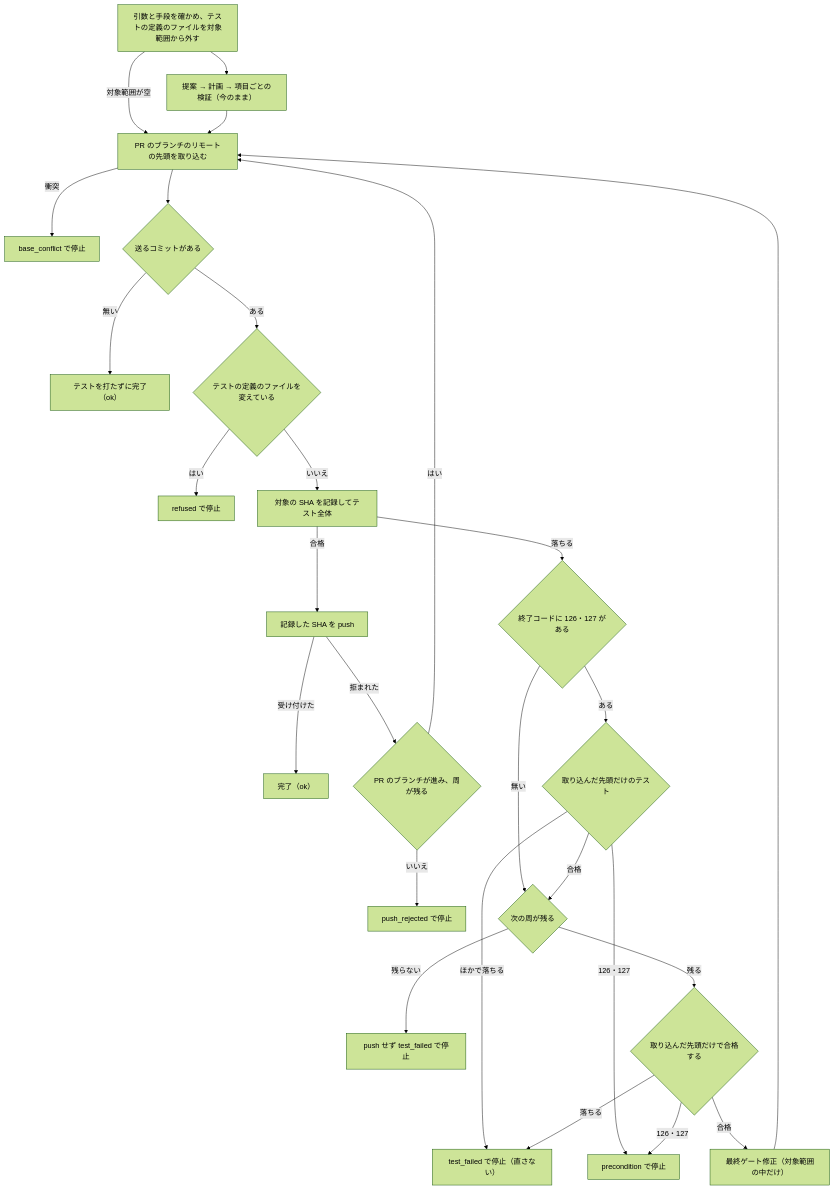
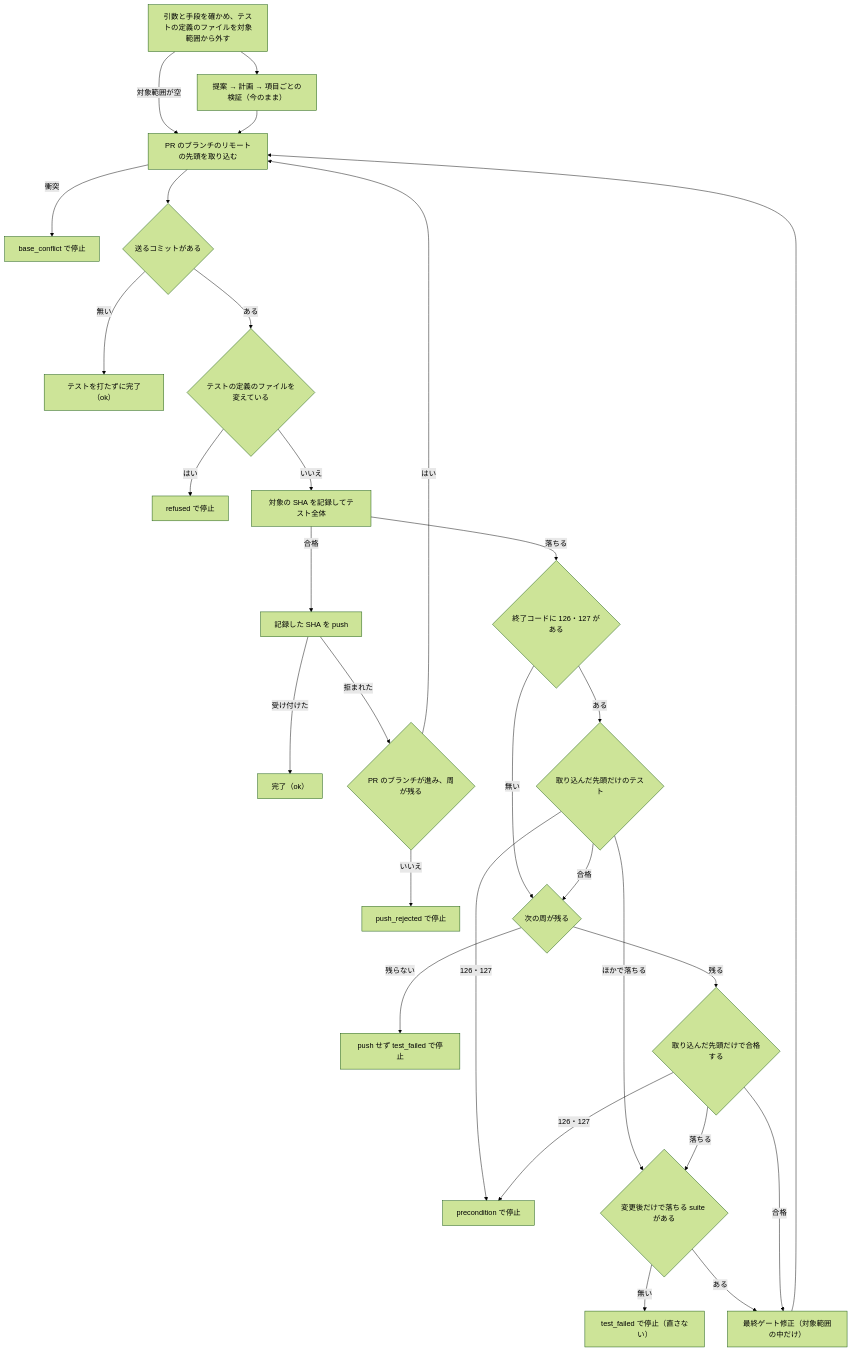
The fourth of 4 diagrams in issues/issue-4566-design.md (devbasex/ai-plugins), drawn with Mermaid (forest theme) before and after one commit. The commit also changed other lines of this file and 1 other file, not shown here.

Commit message:
Docs: 基準側と変更後の失敗を suite の単位で比べ、見分けられない場合は原因を断定しない（#4569）

````diff
--- a/issues/issue-4566-design.md
+++ b/issues/issue-4566-design.md
@@ -302,29 +302,31 @@
 ```mermaid
 graph TB
     A["引数と手段を確かめ、テストの定義のファイルを対象範囲から外す"] --> P["提案 → 計画 → 項目ごとの検証（今のまま）"]
     A -->|対象範囲が空| S
     P --> S["PR のブランチのリモートの先頭を取り込む"]
     S -->|衝突| Z["base_conflict で停止"]
     S --> N{"送るコミットがある"}
     N -->|無い| O0["テストを打たずに完了（ok）"]
     N -->|ある| D{"テストの定義のファイルを変えている"}
     D -->|はい| Z2["refused で停止"]
     D -->|いいえ| W["対象の SHA を記録してテスト全体"]
     W -->|合格| U["記録した SHA を push"]
     U -->|受け付けた| O["完了（ok）"]
     U -->|拒まれた| R{"PR のブランチが進み、周が残る"}
     R -->|はい| S
     R -->|いいえ| Q["push_rejected で停止"]
     W -->|落ちる| X{"終了コードに 126・127 がある"}
     X -->|無い| L{"次の周が残る"}
     X -->|ある| B{"取り込んだ先頭だけのテスト"}
     B -->|126・127| Z3["precondition で停止"]
-    B -->|ほかで落ちる| Y0
+    B -->|ほかで落ちる| H
     B -->|合格| L
     L -->|残らない| Y["push せず test_failed で停止"]
     L -->|残る| C{"取り込んだ先頭だけで合格する"}
-    C -->|落ちる| Y0["test_failed で停止（直さない）"]
+    C -->|落ちる| H{"変更後だけで落ちる suite がある"}
+    H -->|無い| Y0["test_failed で停止（直さない）"]
+    H -->|ある| F
     C -->|126・127| Z3
     C -->|合格| F["最終ゲート修正（対象範囲の中だけ）"]
     F --> S
 ```
````
